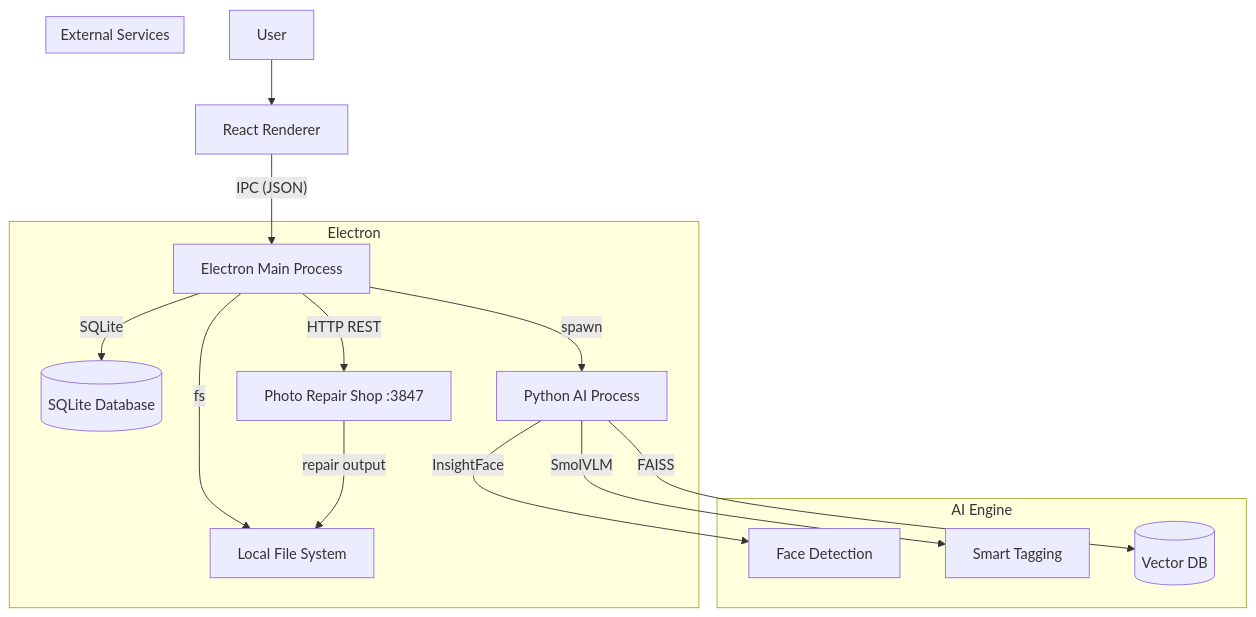
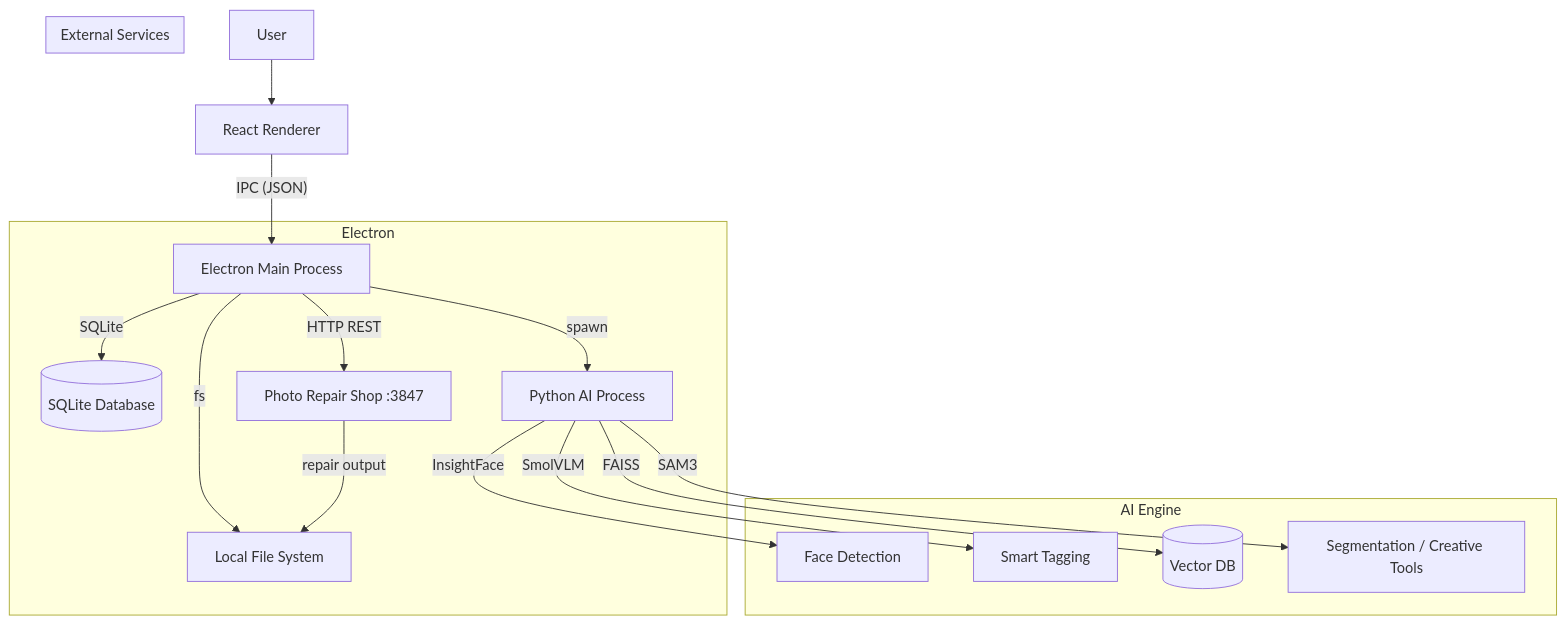
Before and after one commit to arozz7/smart-photo-organizer: the first of 6 diagrams in docs/specs/architecture.md, drawn with Mermaid. The commit also changed other lines of this file and 4 other files, not shown here.

First line of the commit message:
docs: update README, user manual, architecture, features, and roadmap for v0.8.0

````diff
--- a/docs/specs/architecture.md
+++ b/docs/specs/architecture.md
@@ -9,22 +9,23 @@
 ```mermaid
 graph TD
     User[User] --> UI[React Renderer]
     UI -- IPC (JSON) --> Main[Electron Main Process]
 
     subgraph Electron
         Main -- SQLite --> DB[(SQLite Database)]
         Main -- fs --> FileSystem[Local File System]
         Main -- spawn --> Python[Python AI Process]
         Main -- HTTP REST --> PRS[Photo Repair Shop :3847]
     end
 
     subgraph AI Engine
         Python -- InsightFace --> FD[Face Detection]
         Python -- SmolVLM --> VLM[Smart Tagging]
         Python -- FAISS --> VectorDB[(Vector DB)]
+        Python -- SAM3 --> SEG[Segmentation / Creative Tools]
     end
 
     subgraph External Services
         PRS -- repair output --> FileSystem
     end
 ```
````
